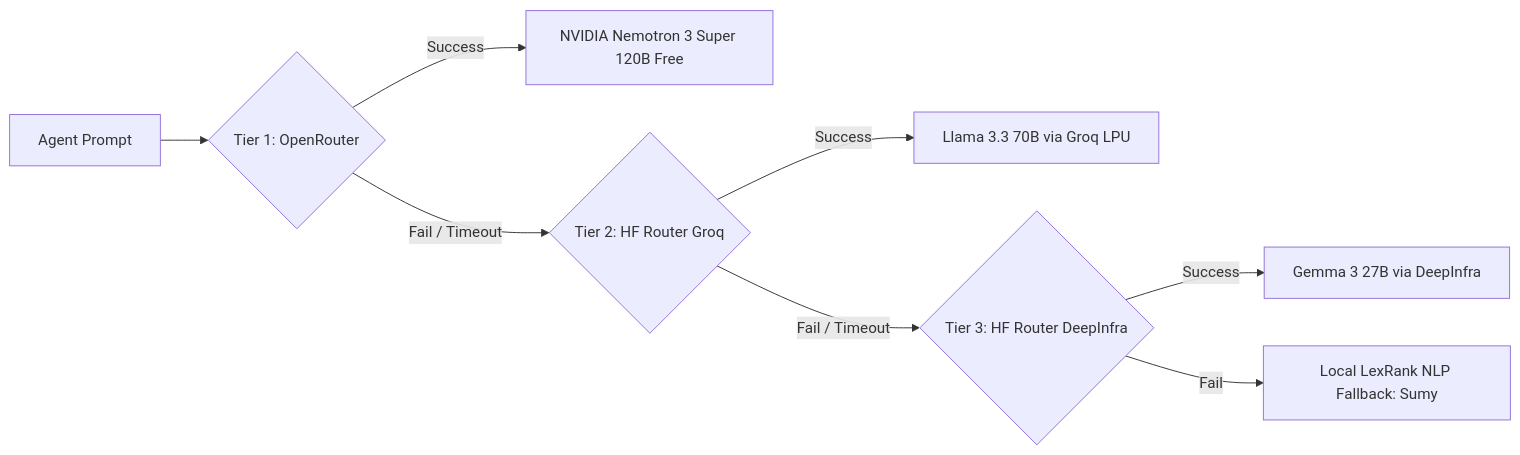
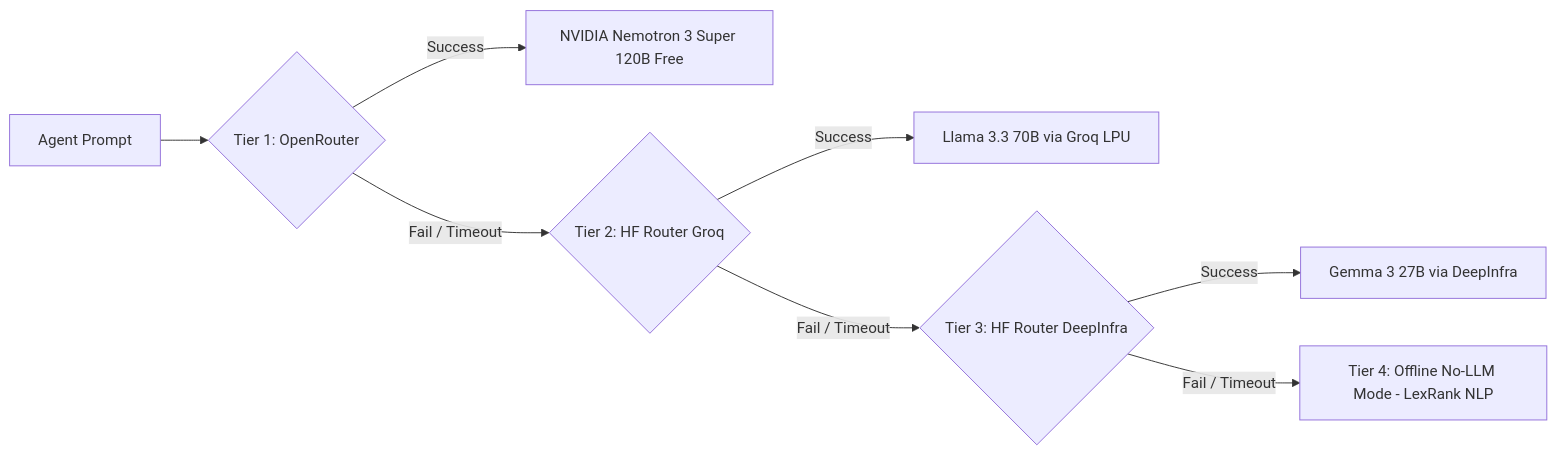
One commit to Nawaz-khan-droid/cawncade-ai changed the third of 4 diagrams in docs/ARCHITECTURE.md. Above: the diagram before and after it, drawn with Mermaid. The commit also changed other lines of this file and 2 other files, not shown here.

Commit message:
Production Upgrade: Multi-Tier Failover Cascade and Tier 0 Text Matcher

````diff
--- a/docs/ARCHITECTURE.md
+++ b/docs/ARCHITECTURE.md
@@ -277,10 +277,10 @@
 ```mermaid
 flowchart LR
     Request[Agent Prompt] --> Tier1{Tier 1: OpenRouter}
     Tier1 -->|Success| Nemotron[NVIDIA Nemotron 3 Super 120B Free]
     Tier1 -->|Fail / Timeout| Tier2{Tier 2: HF Router Groq}
     Tier2 -->|Success| GroqLlama[Llama 3.3 70B via Groq LPU]
     Tier2 -->|Fail / Timeout| Tier3{Tier 3: HF Router DeepInfra}
     Tier3 -->|Success| Gemma27B[Gemma 3 27B via DeepInfra]
-    Tier3 -->|Fail| LocalNLP[Local LexRank NLP Fallback: Sumy]
+    Tier3 -->|Fail / Timeout| Tier4[Tier 4: Offline No-LLM Mode - LexRank NLP]
 ```
````
